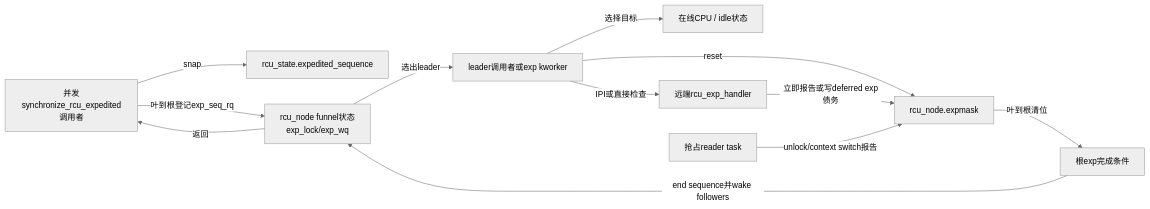
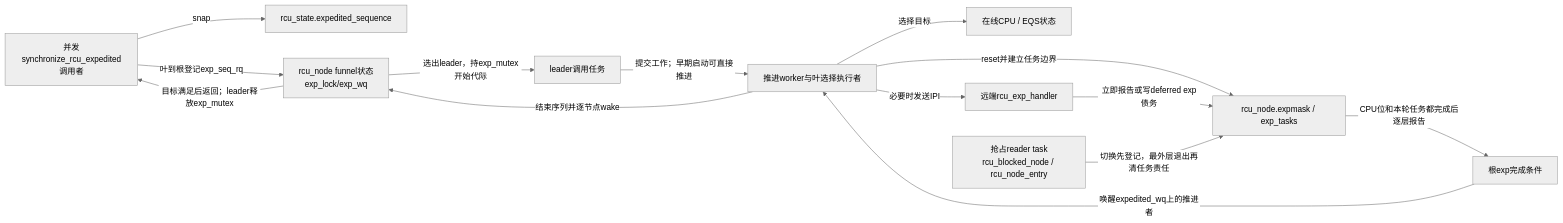
One commit to FormingSystem/linux_note changed the first of 2 diagrams in research/source_reading/rcu/navigation/P06_Linux_6.12_Tree_RCU_Expedited_GP模块源码概念导读.md. Above: the diagram before and after it, drawn with Mermaid (neutral theme). The commit also changed other lines of this file and 1 other file, not shown here.

First line of the commit message:
docs(rcu/source): 明确加速GP执行者与任务责任

````diff
--- a/research/source_reading/rcu/navigation/P06_Linux_6.12_Tree_RCU_Expedited_GP模块源码概念导读.md
+++ b/research/source_reading/rcu/navigation/P06_Linux_6.12_Tree_RCU_Expedited_GP模块源码概念导读.md
@@ -49,14 +53,16 @@
 ```mermaid
 flowchart LR
     CALLERS["并发synchronize_rcu_expedited调用者"] -->|"snap"| SEQ["rcu_state.expedited_sequence"]
     CALLERS -->|"叶到根登记exp_seq_rq"| TREE["rcu_node funnel状态<br/>exp_lock/exp_wq"]
-    TREE -->|"选出leader"| LEADER["leader调用者或exp kworker"]
-    LEADER -->|"reset"| MASK["rcu_node.expmask"]
-    LEADER -->|"选择目标"| CPU["在线CPU / idle状态"]
-    LEADER -->|"IPI或直接检查"| HANDLER["远端rcu_exp_handler"]
+    TREE -->|"选出leader，持exp_mutex开始代际"| LEADER["leader调用任务"]
+    LEADER -->|"提交工作；早期启动可直接推进"| WORK["推进worker与叶选择执行者"]
+    WORK -->|"reset并建立任务边界"| MASK["rcu_node.expmask / exp_tasks"]
+    WORK -->|"选择目标"| CPU["在线CPU / EQS状态"]
+    WORK -->|"必要时发送IPI"| HANDLER["远端rcu_exp_handler"]
     HANDLER -->|"立即报告或写deferred exp债务"| MASK
-    TASK["抢占reader task"] -->|"unlock/context switch报告"| MASK
-    MASK -->|"叶到根清位"| ROOT["根exp完成条件"]
-    ROOT -->|"end sequence并wake followers"| TREE
-    TREE -->|"返回"| CALLERS
+    TASK["抢占reader task<br/>rcu_blocked_node / rcu_node_entry"] -->|"切换先登记，最外层退出再清任务责任"| MASK
+    MASK -->|"CPU位和本轮任务都完成后逐层报告"| ROOT["根exp完成条件"]
+    ROOT -->|"唤醒expedited_wq上的推进者"| WORK
+    WORK -->|"结束序列并逐节点wake"| TREE
+    TREE -->|"目标满足后返回；leader释放exp_mutex"| CALLERS
 ```
````
